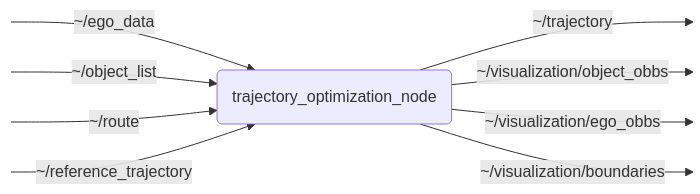
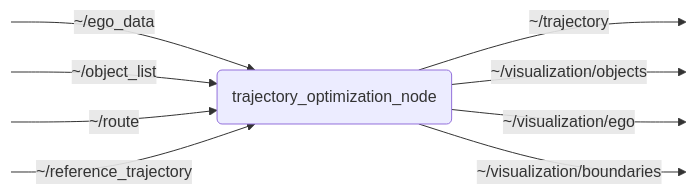
One commit to openads-project/trajectory_optimization changed the diagram in trajectory_optimization/README.md. Above: the diagram before and after it, drawn with Mermaid. The commit also changed other lines of this file and 20 other files, not shown here.

````diff
--- a/trajectory_optimization/README.md
+++ b/trajectory_optimization/README.md
@@ -9,13 +9,13 @@
 ```mermaid
 flowchart LR
     NODE("trajectory_optimization_node")
     S0:::hidden -->|~/ego_data| NODE
     S1:::hidden -->|~/object_list| NODE
     S2:::hidden -->|~/route| NODE
     S3:::hidden -->|~/reference_trajectory| NODE
     NODE -->|~/trajectory| P0:::hidden
-    NODE -->|~/visualization/object_obbs| P1:::hidden
-    NODE -->|~/visualization/ego_obbs| P2:::hidden
+    NODE -->|~/visualization/objects| P1:::hidden
+    NODE -->|~/visualization/ego| P2:::hidden
     NODE -->|~/visualization/boundaries| P3:::hidden
     classDef hidden display: none;
 ```
````
